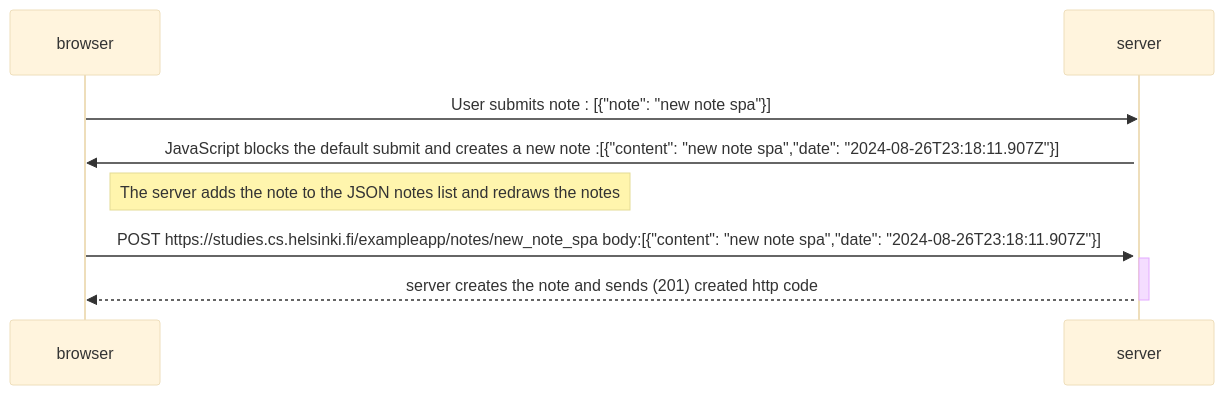
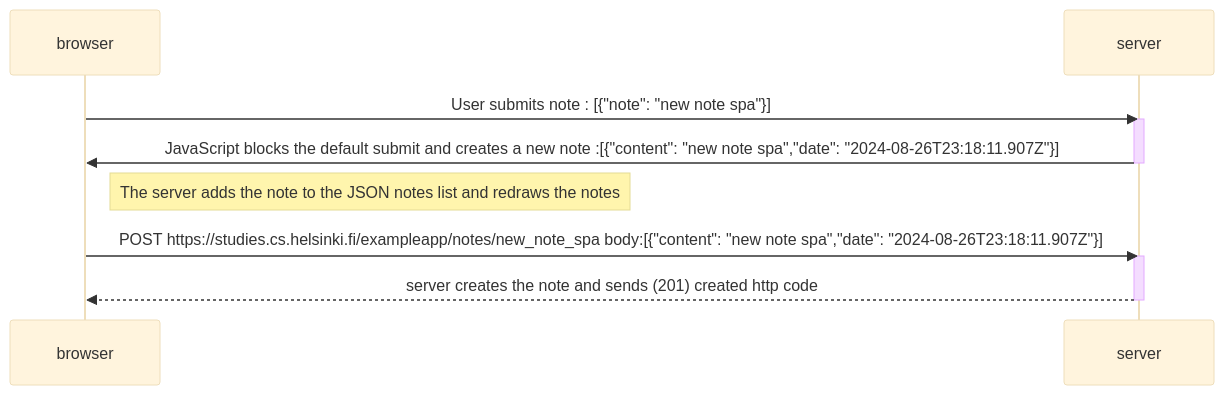
One commit to boularakSaraManel/FullStackOpen changed the diagram in part0/exercise_0_6.md. Above: the diagram before and after it, drawn with Mermaid (base theme).

````diff
--- a/part0/exercise_0_6.md
+++ b/part0/exercise_0_6.md
@@ -1,17 +1,19 @@
 ```mermaid
 sequenceDiagram
     participant browser
     participant server
 
     browser->>server: User submits note : [{"note": "new note spa"}]
     activate server
     server->>browser: JavaScript blocks the default submit and creates a new note :[{"content": "new note spa","date": "2024-08-26T23:18:11.907Z"}]
+    deactivate server
+
 
     Note right of browser: The server adds the note to the JSON notes list and redraws the notes
 
     browser->>server: POST https://studies.cs.helsinki.fi/exampleapp/notes/new_note_spa body:[{"content": "new note spa","date": "2024-08-26T23:18:11.907Z"}] 
     activate server
     server-->>browser: server creates the note and sends (201) created http code 
     deactivate server
 
 ```
````
